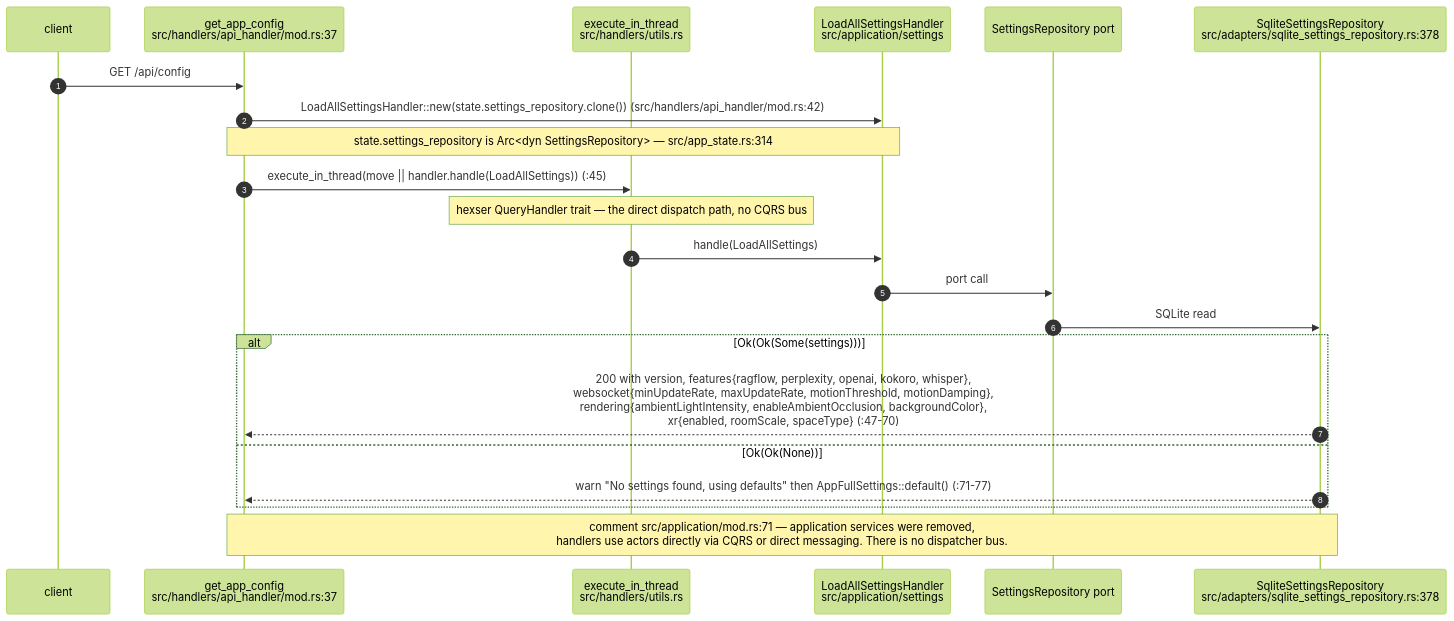
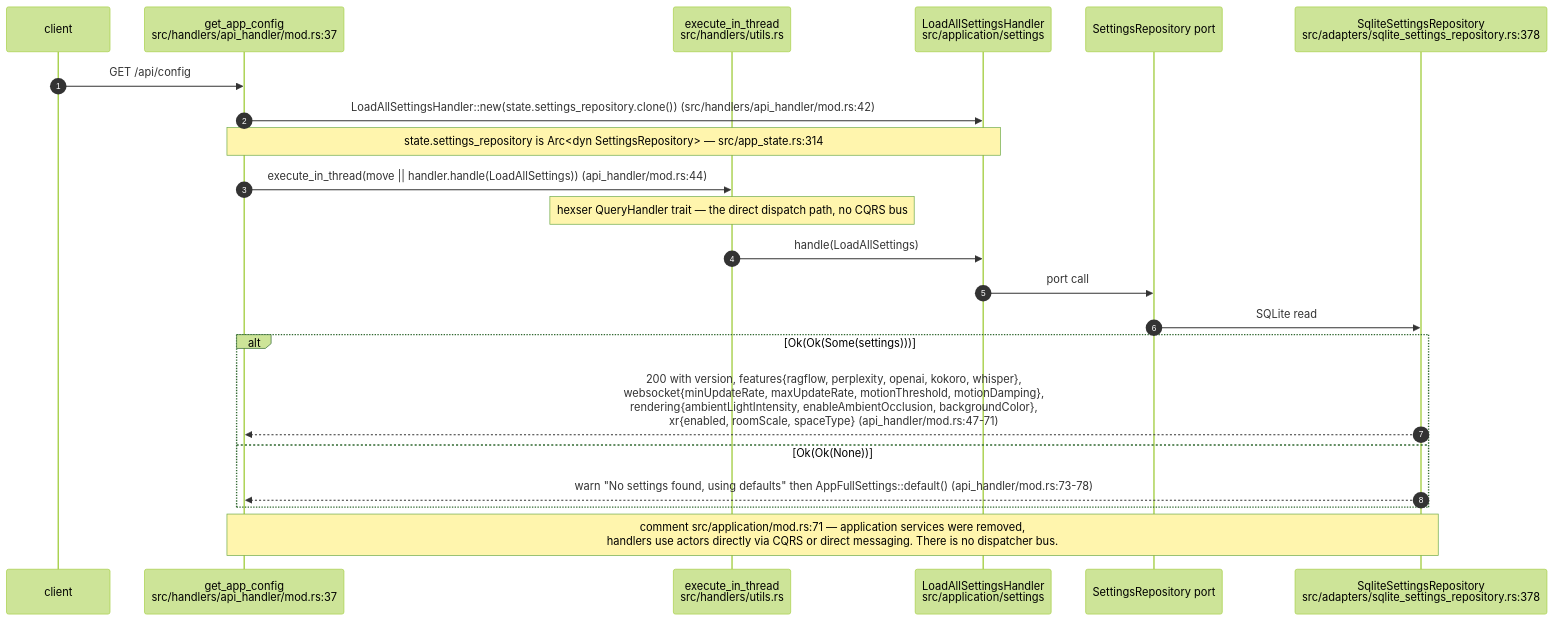
One commit to DreamLab-AI/VisionFlow changed the seventh of 12 diagrams in docs/diagrams/visionclaw/07-hexagonal-ports-and-crates.md. Above: the diagram before and after it, drawn with Mermaid (forest theme). The commit also changed other lines of this file and 52 other files, not shown here.

First line of the commit message:
docs(diagrams): wave 3 checkpoint — bare line refs resolved, revision-pinned cite-check, VC-05/AB-01..13 re-attested

````diff
--- a/docs/diagrams/visionclaw/07-hexagonal-ports-and-crates.md
+++ b/docs/diagrams/visionclaw/07-hexagonal-ports-and-crates.md
@@ -303,25 +303,25 @@
 ```mermaid
 sequenceDiagram
     autonumber
     participant CL as client
     participant H as get_app_config<br/>src/handlers/api_handler/mod.rs:37
     participant EX as execute_in_thread<br/>src/handlers/utils.rs
     participant QH as LoadAllSettingsHandler<br/>src/application/settings
     participant PT as SettingsRepository port
     participant AD as SqliteSettingsRepository<br/>src/adapters/sqlite_settings_repository.rs:378
 
     CL->>H: GET /api/config
     H->>QH: LoadAllSettingsHandler::new(state.settings_repository.clone()) (src/handlers/api_handler/mod.rs:42)
     Note over H,QH: state.settings_repository is Arc<dyn SettingsRepository> — src/app_state.rs:314
-    H->>EX: execute_in_thread(move || handler.handle(LoadAllSettings)) (:45)
+    H->>EX: execute_in_thread(move || handler.handle(LoadAllSettings)) (api_handler/mod.rs:44)
     Note over EX: hexser QueryHandler trait — the direct dispatch path, no CQRS bus
     EX->>QH: handle(LoadAllSettings)
     QH->>PT: port call
     PT->>AD: SQLite read
     alt Ok(Ok(Some(settings)))
-        AD-->>H: 200 with version, features{ragflow, perplexity, openai, kokoro, whisper},<br/>websocket{minUpdateRate, maxUpdateRate, motionThreshold, motionDamping},<br/>rendering{ambientLightIntensity, enableAmbientOcclusion, backgroundColor},<br/>xr{enabled, roomScale, spaceType} (:47-70)
+        AD-->>H: 200 with version, features{ragflow, perplexity, openai, kokoro, whisper},<br/>websocket{minUpdateRate, maxUpdateRate, motionThreshold, motionDamping},<br/>rendering{ambientLightIntensity, enableAmbientOcclusion, backgroundColor},<br/>xr{enabled, roomScale, spaceType} (api_handler/mod.rs:47-71)
     else Ok(Ok(None))
-        AD-->>H: warn "No settings found, using defaults" then AppFullSettings::default() (:71-77)
+        AD-->>H: warn "No settings found, using defaults" then AppFullSettings::default() (api_handler/mod.rs:73-78)
     end
     Note over H,AD: comment src/application/mod.rs:71 — application services were removed,<br/>handlers use actors directly via CQRS or direct messaging. There is no dispatcher bus.
 ```
````
